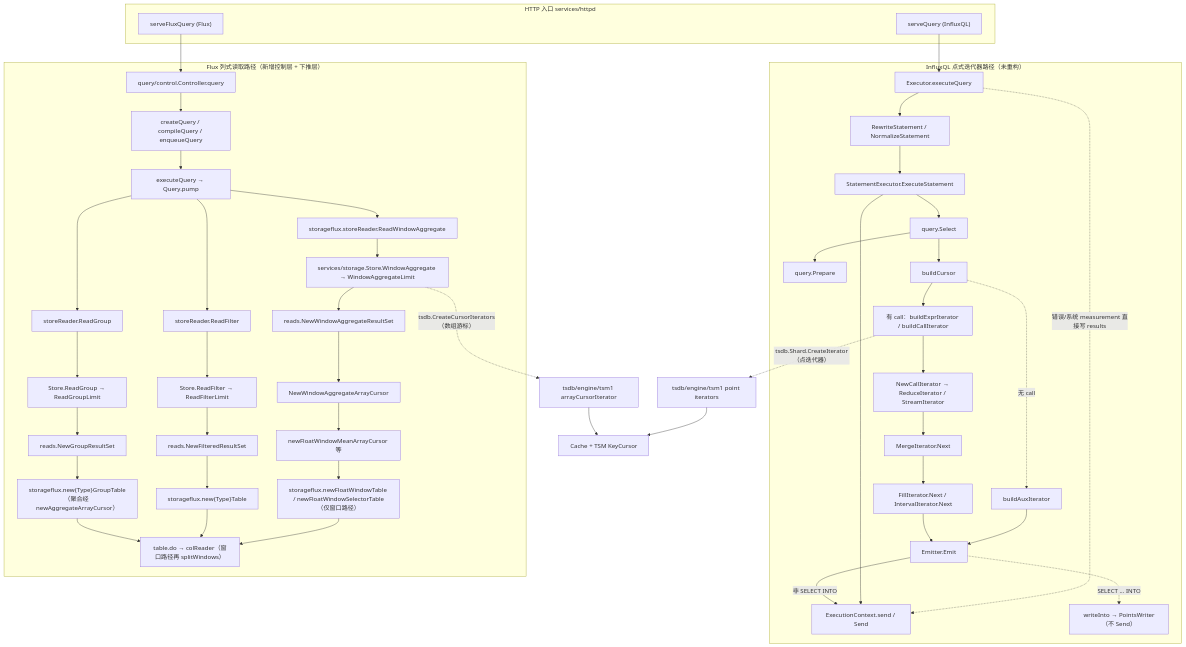
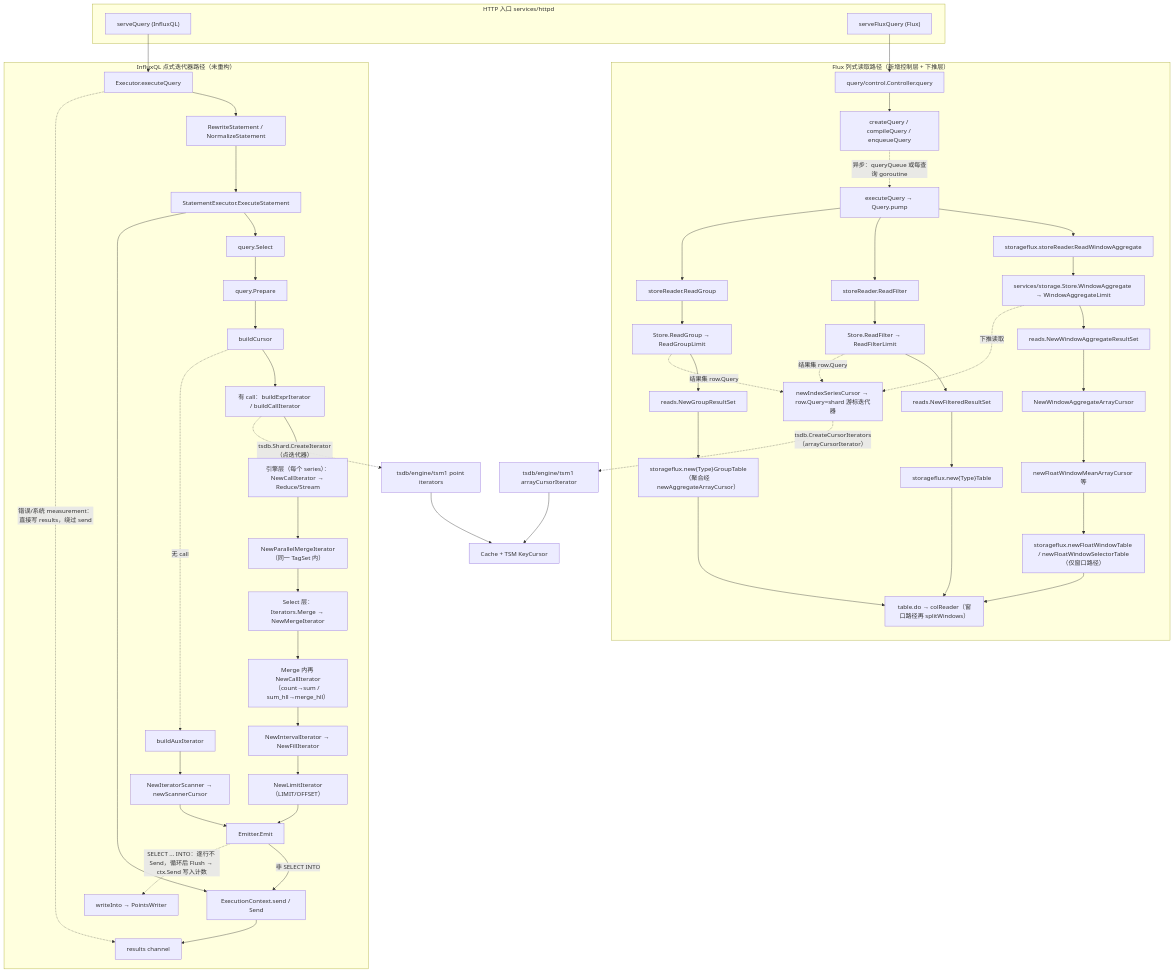
Before and after one commit to stefanv5/influxdb: the first of 9 diagrams in docs/specs/v1.8.10-vs-v1.12.3/03_query_engine_diff.md, drawn with Mermaid. The commit also changed other lines of this file and 11 other files, not shown here.

First line of the commit message:
docs: complete D1-D6 diagram/module/case audit

````diff
--- a/docs/specs/v1.8.10-vs-v1.12.3/03_query_engine_diff.md
+++ b/docs/specs/v1.8.10-vs-v1.12.3/03_query_engine_diff.md
@@ -81,55 +81,63 @@
 ```mermaid
 flowchart TB
     subgraph HTTP["HTTP 入口 services/httpd"]
         H1["serveQuery (InfluxQL)"]
         H2["serveFluxQuery (Flux)"]
     end
 
     subgraph IQ["InfluxQL 点式迭代器路径（未重构）"]
         I1["Executor.executeQuery"] --> I1b["RewriteStatement / NormalizeStatement"]
-        I1 -. "错误/系统 measurement 直接写 results" .-> I2["ExecutionContext.send / Send"]
+        I1 -. "错误/系统 measurement：直接写 results，绕过 send" .-> I2R["results channel"]
         I1b --> I3["StatementExecutor.ExecuteStatement"]
         I3 --> I4["query.Select"]
-        I3 --> I2
-        I4 --> I5["query.Prepare"]
-        I4 --> I6["buildCursor"]
+        I3 --> I2["ExecutionContext.send / Send"]
+        I2 --> I2R
+        I4 --> I5["query.Prepare"] --> I6["buildCursor"]
         I6 --> I7["有 call：buildExprIterator / buildCallIterator"]
         I6 -. "无 call" .-> I7b["buildAuxIterator"]
-        I7 --> I8["NewCallIterator → ReduceIterator / StreamIterator"]
-        I7b --> I11
-        I8 --> I9["MergeIterator.Next"]
-        I9 --> I10["FillIterator.Next / IntervalIterator.Next"]
-        I10 --> I11["Emitter.Emit"]
+        I7b --> I7c["NewIteratorScanner → newScannerCursor"]
+        I7 --> I8["引擎层（每个 series）：NewCallIterator → Reduce/Stream"]
+        I8 --> I8b["NewParallelMergeIterator（同一 TagSet 内）"]
+        I8b --> I9["Select 层：Iterators.Merge → NewMergeIterator"]
+        I9 --> I9b["Merge 内再 NewCallIterator（count→sum / sum_hll→merge_hll）"]
+        I9b --> I10["NewIntervalIterator → NewFillIterator"]
+        I10 --> I10b["NewLimitIterator（LIMIT/OFFSET）"]
+        I10b --> I11["Emitter.Emit"]
+        I7c --> I11
         I11 -->|"非 SELECT INTO"| I2
-        I11 -. "SELECT ... INTO" .-> I12["writeInto → PointsWriter（不 Send）"]
+        I11 -. "SELECT ... INTO：逐行不 Send，循环后 Flush → ctx.Send 写入计数" .-> I12["writeInto → PointsWriter"]
     end
 
     subgraph FX["Flux 列式读取路径（新增控制层 + 下推层）"]
         F1["query/control.Controller.query"] --> F2["createQuery / compileQuery / enqueueQuery"]
-        F2 --> F3["executeQuery → Query.pump"]
+        F2 -. "异步：queryQueue 或每查询 goroutine" .-> F3["executeQuery → Query.pump"]
         F3 --> F4a["storageflux.storeReader.ReadWindowAggregate"]
         F4a --> F5["services/storage.Store.WindowAggregate → WindowAggregateLimit"]
         F3 --> F4b["storeReader.ReadFilter"]
         F4b --> F5b["Store.ReadFilter → ReadFilterLimit"]
         F5b --> F6b["reads.NewFilteredResultSet"]
         F6b --> F9b["storageflux.new{Type}Table"]
         F3 --> F4c["storeReader.ReadGroup"]
         F4c --> F5c["Store.ReadGroup → ReadGroupLimit"]
         F5c --> F6c["reads.NewGroupResultSet"]
         F6c --> F9c["storageflux.new{Type}GroupTable（聚合经 newAggregateArrayCursor）"]
         F5 --> F6["reads.NewWindowAggregateResultSet"]
         F6 --> F7["NewWindowAggregateArrayCursor"]
         F7 --> F8["newFloatWindowMeanArrayCursor 等"]
         F8 --> F9["storageflux.newFloatWindowTable / newFloatWindowSelectorTable（仅窗口路径）"]
         F9 --> F10["table.do → colReader（窗口路径再 splitWindows）"]
         F9b --> F10
         F9c --> F10
+        F11["newIndexSeriesCursor → row.Query=shard 游标迭代器"]
+        F5 -. "下推读取" .-> F11
+        F5b -. "结果集 row.Query" .-> F11
+        F5c -. "结果集 row.Query" .-> F11
     end
 
     H1 --> I1
     H2 --> F1
     I7 -. "tsdb.Shard.CreateIterator（点迭代器）" .-> T1["tsdb/engine/tsm1 point iterators"]
-    F5 -. "tsdb.CreateCursorIterators（数组游标）" .-> T2["tsdb/engine/tsm1 arrayCursorIterator"]
+    F11 -. "tsdb.CreateCursorIterators（arrayCursorIterator）" .-> T2["tsdb/engine/tsm1 arrayCursorIterator"]
     T1 --> T3["Cache + TSM KeyCursor"]
     T2 --> T3
 ```
````
